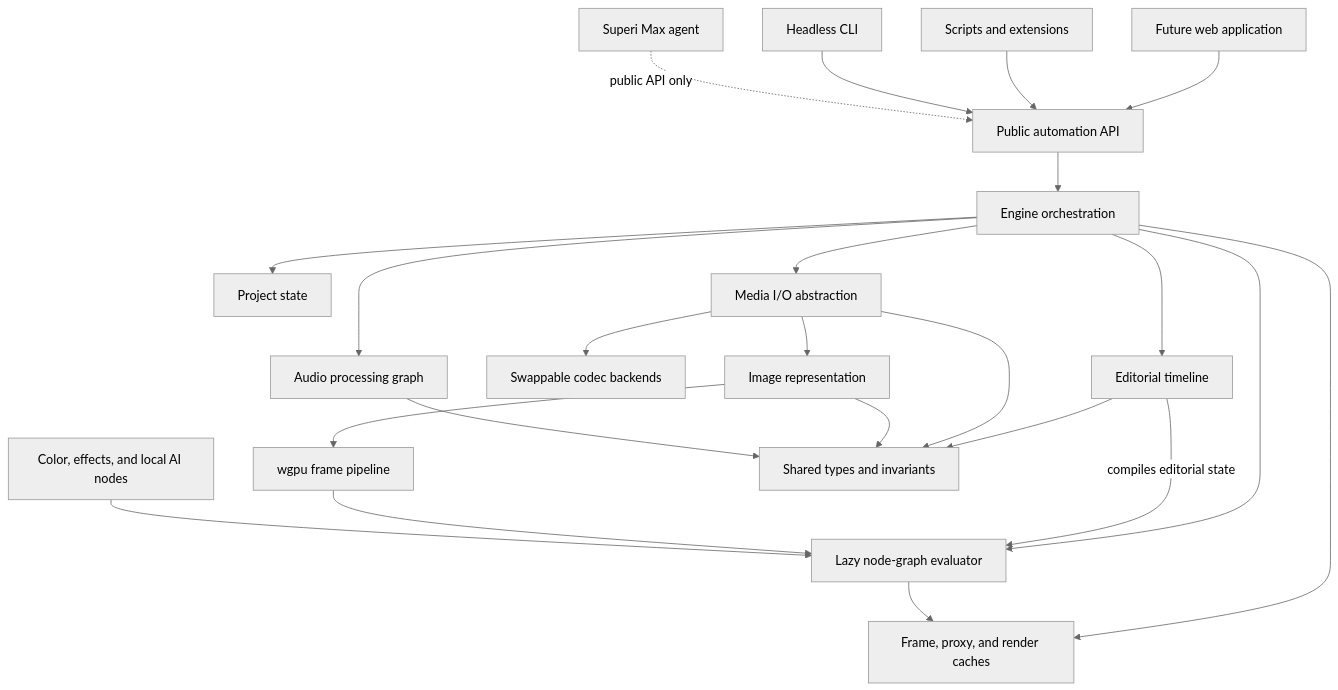
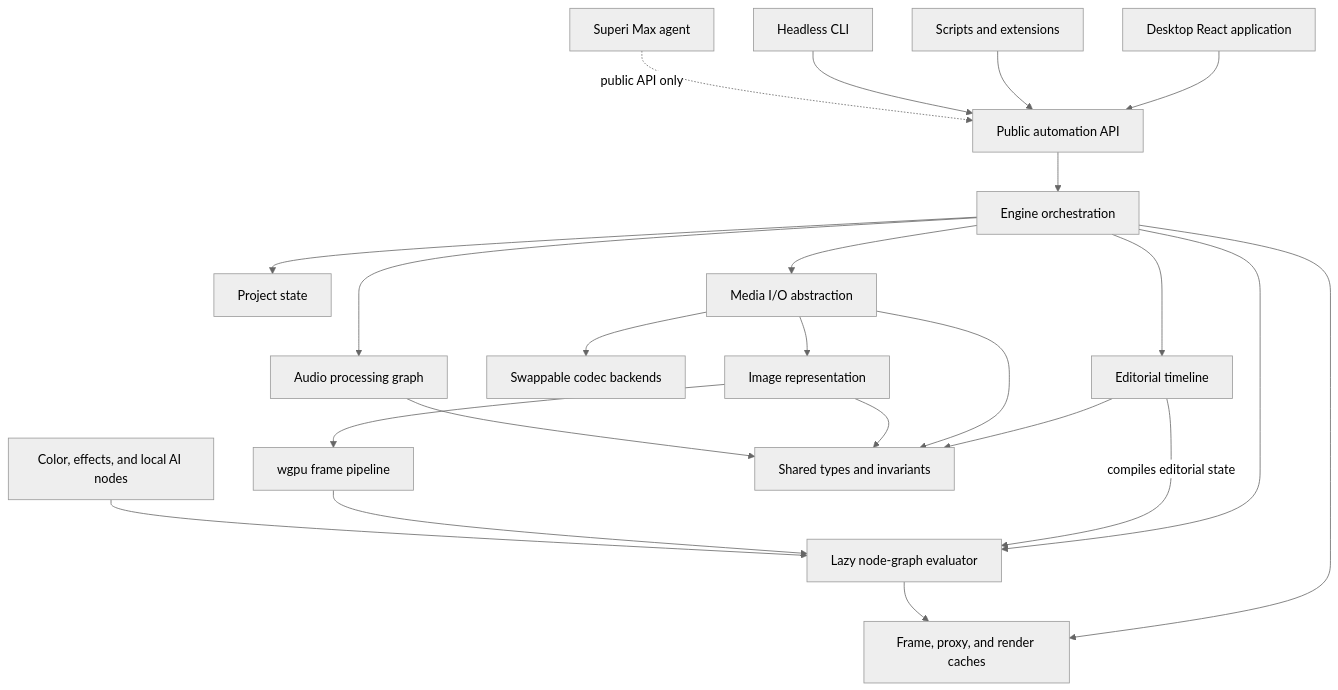
Before and after one commit to thebriangao/Superi: the diagram in README.md, drawn with Mermaid (neutral theme). The commit also changed other lines of this file and 36 other files, not shown here.

````diff
--- a/README.md
+++ b/README.md
@@ -186,47 +187,47 @@
 ```mermaid
 flowchart TB
-    UI["Future web application"]
+    UI["Desktop React application"]
     Scripts["Scripts and extensions"]
     CLI["Headless CLI"]
     Max["Superi Max agent"]
 
     API["Public automation API"]
     Engine["Engine orchestration"]
     Timeline["Editorial timeline"]
     Project["Project state"]
     Media["Media I/O abstraction"]
     Codecs["Swappable codec backends"]
     Image["Image representation"]
     GPU["wgpu frame pipeline"]
     Graph["Lazy node-graph evaluator"]
     Catalogs["Color, effects, and local AI nodes"]
     Cache["Frame, proxy, and render caches"]
     Audio["Audio processing graph"]
     Core["Shared types and invariants"]
 
     UI --> API
     Scripts --> API
     CLI --> API
     Max -. "public API only" .-> API
     API --> Engine
 
     Engine --> Timeline
     Engine --> Project
     Engine --> Media
     Engine --> Graph
     Engine --> Cache
     Engine --> Audio
 
     Timeline -->|"compiles editorial state"| Graph
     Media --> Codecs
     Media --> Image
     Image --> GPU
     GPU --> Graph
     Catalogs --> Graph
     Graph --> Cache
 
     Timeline --> Core
     Media --> Core
     Image --> Core
     Audio --> Core
 ```
````
